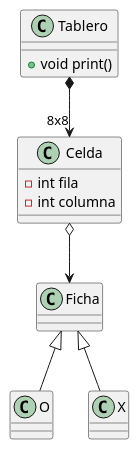
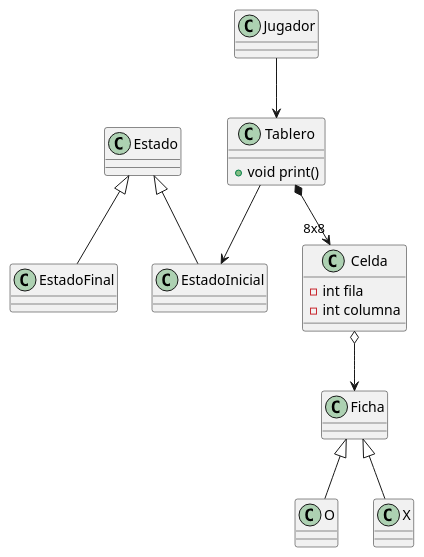
One commit to joaquinariasgomez/Chess changed the diagram in uml/Chess.puml. Above: the diagram before and after it, drawn with PlantUML. The commit also changed 9 other files, not shown here.

```diff
--- a/uml/Chess.puml
+++ b/uml/Chess.puml
@@ -1,17 +1,23 @@
 @startuml
 
 class Tablero {
     +void print()
 }
 
 class Celda {
     -int fila
     -int columna
 }
 
+Jugador --> Tablero
+
 Tablero *--> "8x8" Celda
 Celda o--> Ficha
 Ficha <|-- O
 Ficha <|-- X
 
+Tablero --> EstadoInicial
+Estado <|-- EstadoInicial
+Estado <|-- EstadoFinal
+
 @enduml
```
